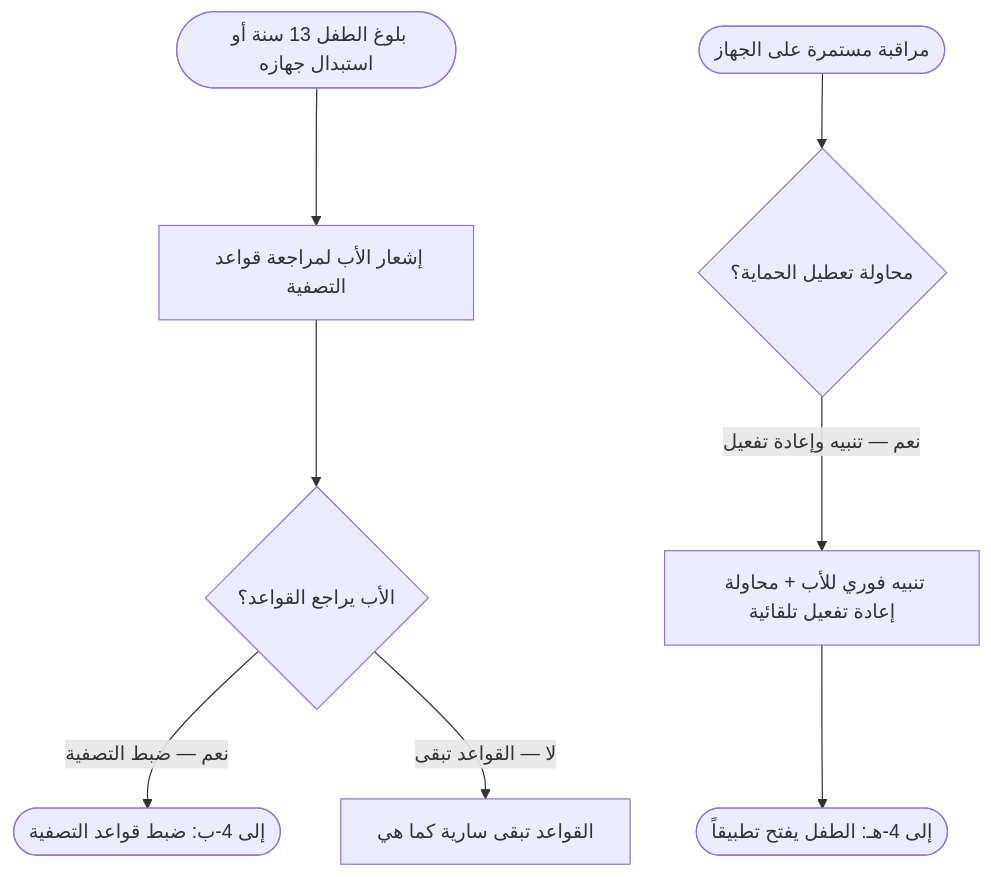
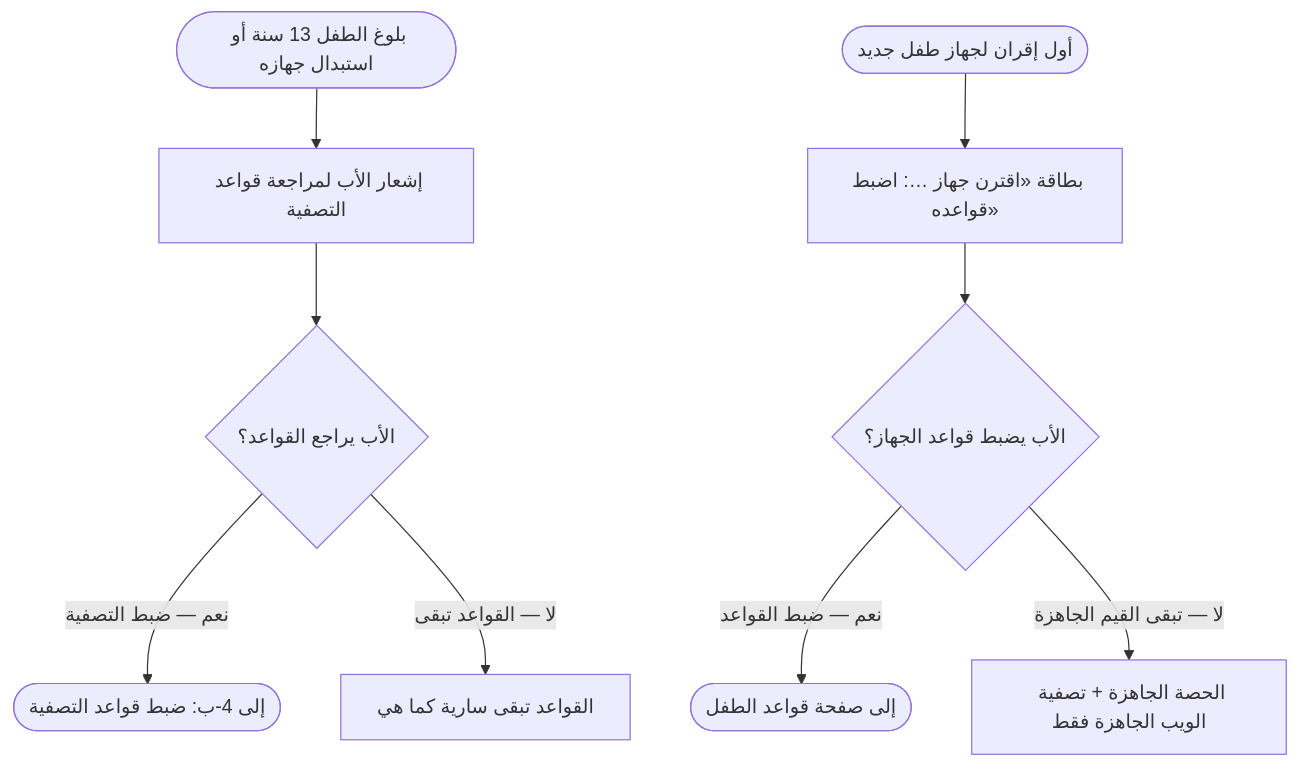
Before and after one commit to Bassam-mohammed-alqaeadi/family-os-v2: diagram 31 of 49 in docs/family-os/governance/phases/phase-1/S1-10-protection-and-enforcement/DIAGRAMS.md, drawn with Mermaid. The commit also changed other lines of this file, not shown here.

````diff
--- a/docs/family-os/governance/phases/phase-1/S1-10-protection-and-enforcement/DIAGRAMS.md
+++ b/docs/family-os/governance/phases/phase-1/S1-10-protection-and-enforcement/DIAGRAMS.md
@@ -1143,10 +1243,11 @@
 ```mermaid
 flowchart TD
     RStart([بلوغ الطفل 13 سنة أو استبدال جهازه]) --> RNotify[إشعار الأب لمراجعة قواعد التصفية]
     RNotify --> RReview{الأب يراجع القواعد؟}
     RReview -->|نعم — ضبط التصفية| FWeb2([إلى 4-ب: ضبط قواعد التصفية])
     RReview -->|لا — القواعد تبقى| RKeep[القواعد تبقى سارية كما هي]
-    CTamperStart([مراقبة مستمرة على الجهاز]) --> CTamper{محاولة تعطيل الحماية؟}
-    CTamper -->|نعم — تنبيه وإعادة تفعيل| CTAlert[تنبيه فوري للأب + محاولة إعادة تفعيل تلقائية]
-    CTAlert --> COpen2([إلى 4-هـ: الطفل يفتح تطبيقاً])
+    PStart([أول إقران لجهاز طفل جديد]) --> PNotify[بطاقة «اقترن جهاز …: اضبط قواعده»]
+    PNotify --> PReview{الأب يضبط قواعد الجهاز؟}
+    PReview -->|نعم — ضبط القواعد| PRules([إلى صفحة قواعد الطفل])
+    PReview -->|لا — تبقى القيم الجاهزة| PKeep[الحصة الجاهزة + تصفية الويب الجاهزة فقط]
 ```
````
